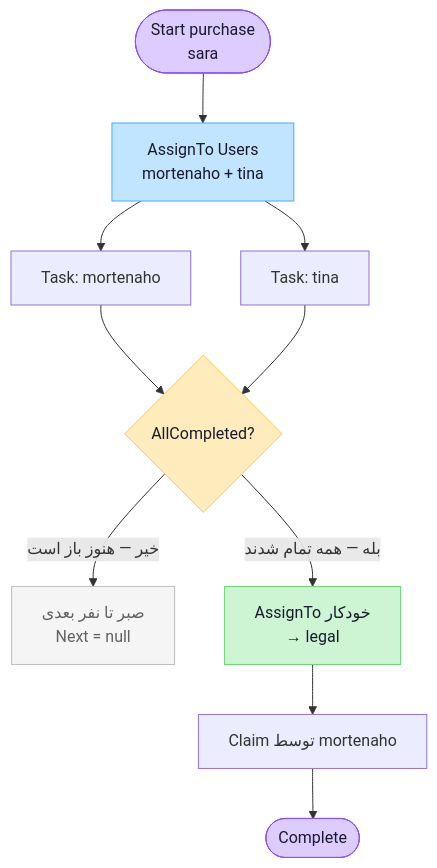
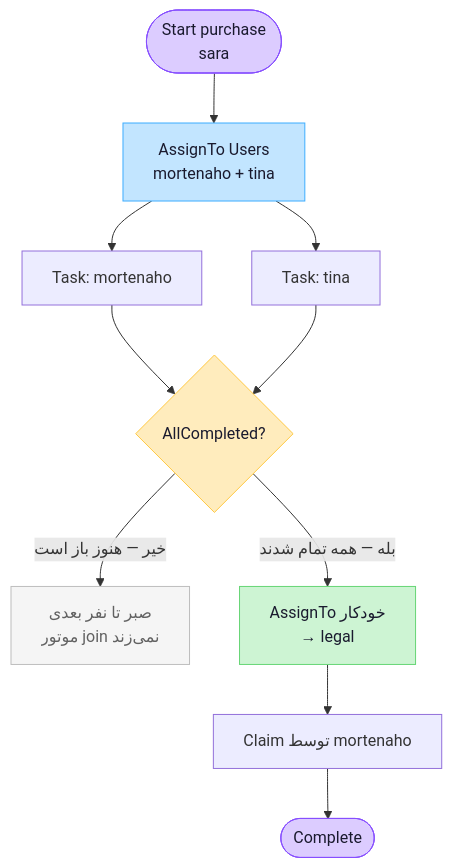
Before and after one commit to mortenaho/WorkFlowEngine: the second of 4 diagrams in docs/usage.md, drawn with Mermaid. The commit also changed other lines of this file and 8 other files, not shown here.

````diff
--- a/docs/usage.md
+++ b/docs/usage.md
@@ -209,19 +209,19 @@
 ```mermaid
 flowchart TD
     start(["Start purchase<br/>sara"]) --> parallel["AssignTo Users<br/>mortenaho + tina"]
     parallel --> m["Task: mortenaho"]
     parallel --> c["Task: tina"]
     m --> join{"AllCompleted?"}
     c --> join
-    join -->|"خیر — هنوز باز است"| wait["صبر تا نفر بعدی<br/>Next = null"]
+    join -->|"خیر — هنوز باز است"| wait["صبر تا نفر بعدی<br/>موتور join نمی‌زند"]
     join -->|"بله — همه تمام شدند"| next["AssignTo خودکار<br/>→ legal"]
     next --> claim["Claim توسط mortenaho"]
     claim --> finish(["Complete"])
 
     style start fill:#DCCCFF,stroke:#874FFF,color:#1a1a2e
     style parallel fill:#C2E5FF,stroke:#3DADFF,color:#1a1a2e
     style join fill:#FFECBD,stroke:#FFC943,color:#1a1a2e
     style next fill:#CDF4D3,stroke:#66D575,color:#1a1a2e
     style wait fill:#f5f5f5,stroke:#bdbdbd,color:#616161
     style finish fill:#DCCCFF,stroke:#874FFF,color:#1a1a2e
 ```
````
